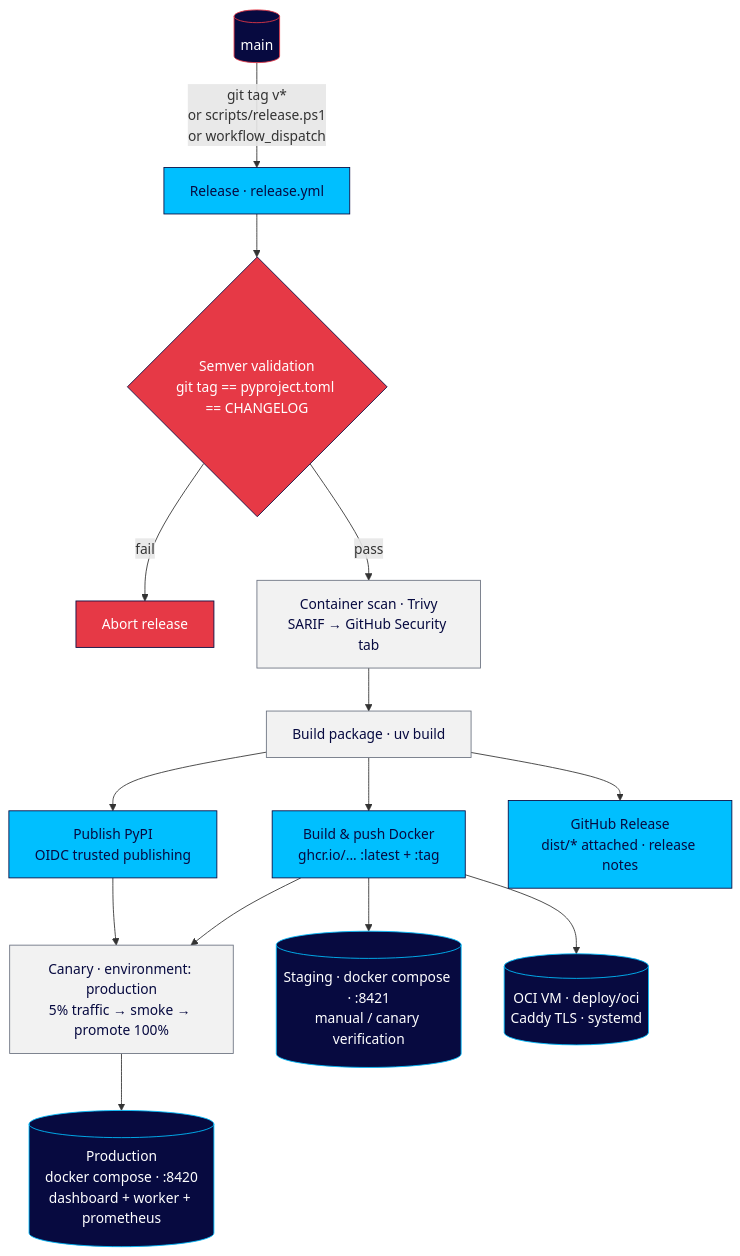
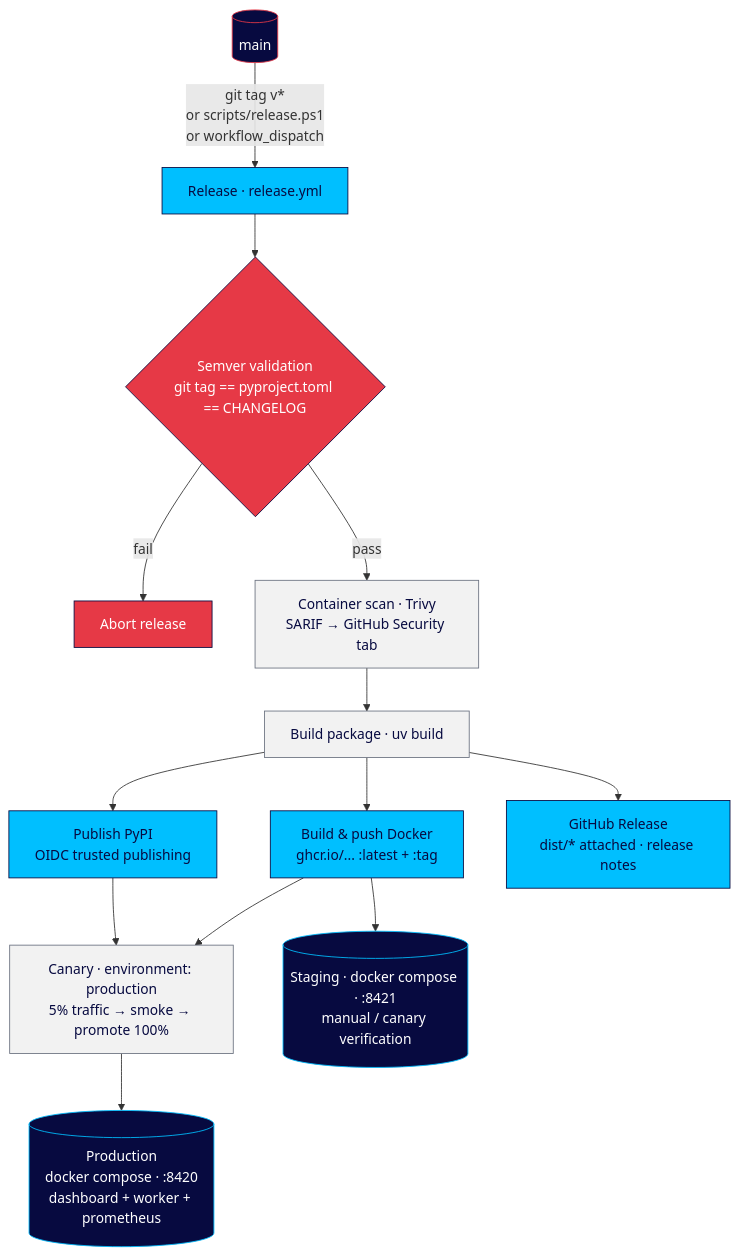
The diagram in docs/diagrams/cicd-release.mmd (jmlusu/light-speed-holdings), drawn with Mermaid before and after one commit. The commit also changed 6 other files, not shown here.

```diff
--- a/docs/diagrams/cicd-release.mmd
+++ b/docs/diagrams/cicd-release.mmd
@@ -1,20 +1,19 @@
 flowchart TD
     classDef main fill:#070A40,stroke:#E63946,color:#fff
     classDef job fill:#F2F2F2,stroke:#6B7280,color:#070A40
     classDef acc fill:#00BFFF,stroke:#070A40,color:#070A40
     classDef tgt fill:#070A40,stroke:#00BFFF,color:#fff
     classDef stop fill:#E63946,stroke:#070A40,color:#fff
 
     M[(main)]:::main -->|"git tag v*<br/>or scripts/release.ps1<br/>or workflow_dispatch"| R["Release · release.yml"]:::acc
     R --> VC{"Semver validation<br/>git tag == pyproject.toml == CHANGELOG"}:::stop
     VC -->|fail| ABORT["Abort release"]:::stop
     VC -->|pass| TRIVY["Container scan · Trivy<br/>SARIF → GitHub Security tab"]:::job
     TRIVY --> B["Build package · uv build"]:::job
     B --> P["Publish PyPI<br/>OIDC trusted publishing"]:::acc
     B --> D["Build & push Docker<br/>ghcr.io/... :latest + :tag"]:::acc
     B --> G["GitHub Release<br/>dist/* attached · release notes"]:::acc
     D --> CAN["Canary · environment: production<br/>5% traffic → smoke → promote 100%"]:::job
     P --> CAN
     CAN --> INFRA[("Production<br/>docker compose · :8420<br/>dashboard + worker + prometheus")]:::tgt
     D --> STAGE[("Staging · docker compose · :8421<br/>manual / canary verification")]:::tgt
-    D --> OCI[("OCI VM · deploy/oci<br/>Caddy TLS · systemd")]:::tgt
```
